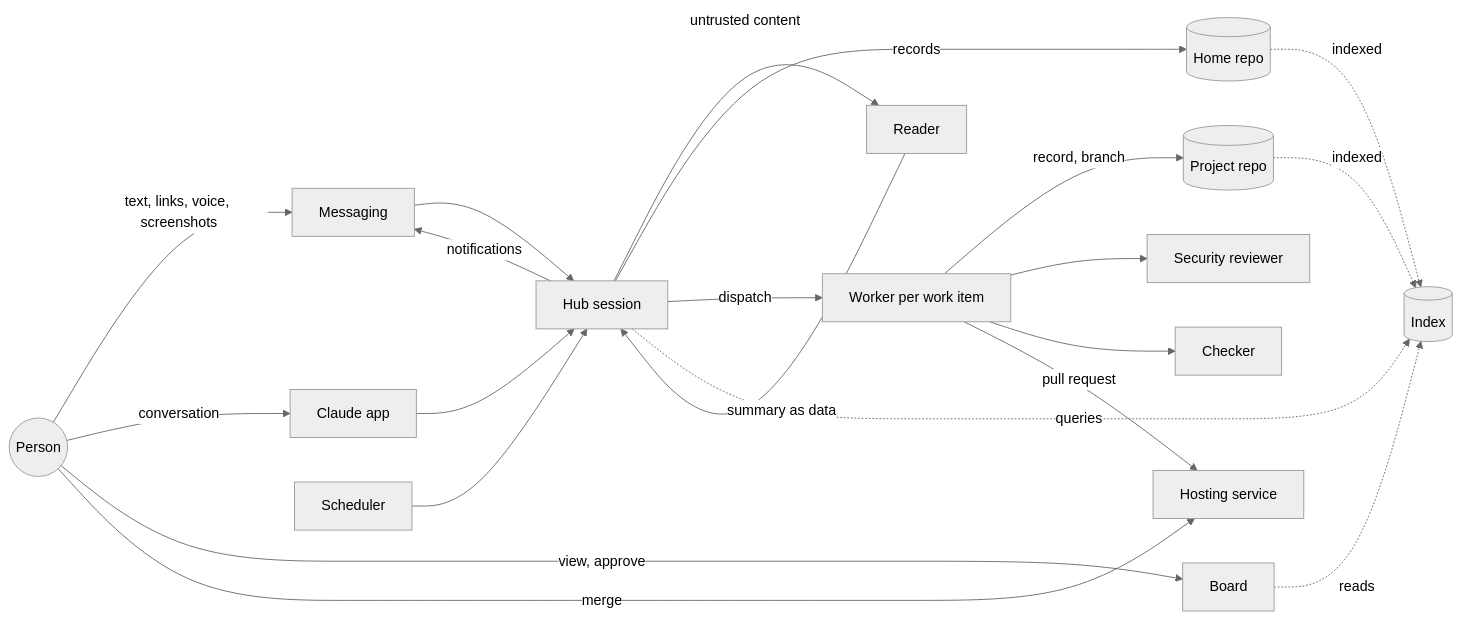
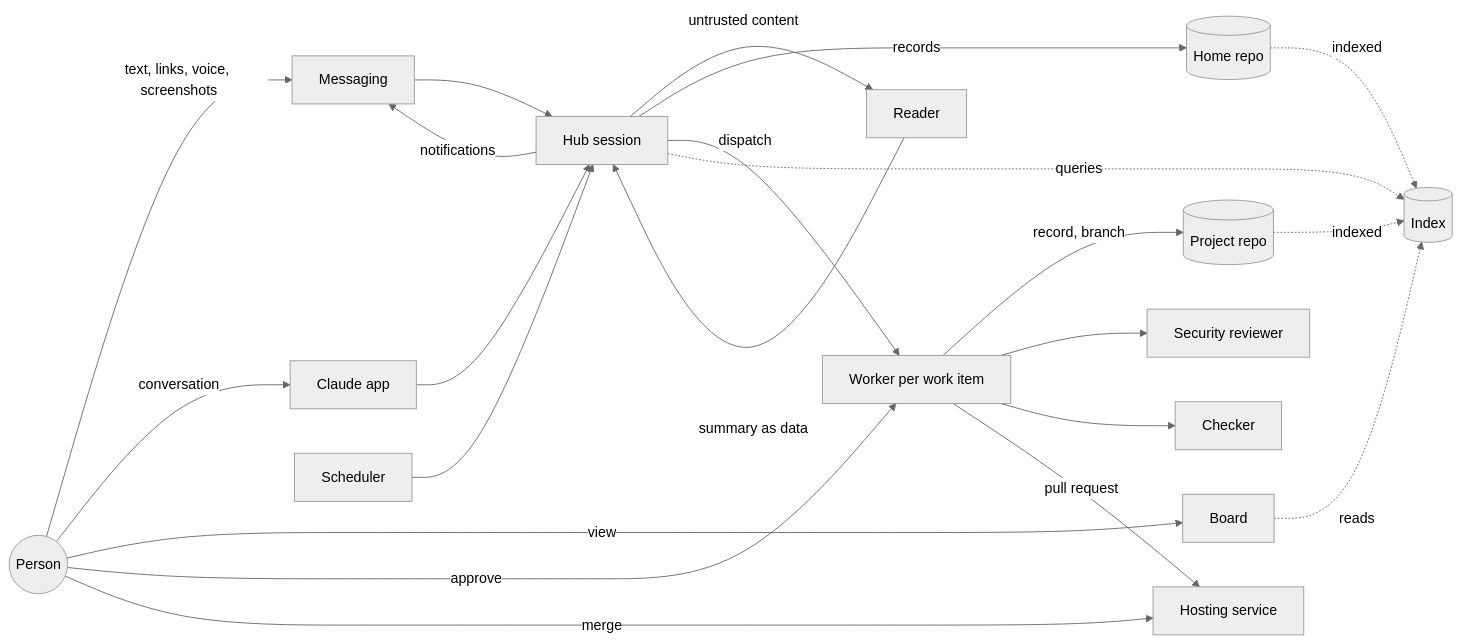
The diagram in docs/01-specs/ARCHITECTURE.md (twoends/honsha), drawn with Mermaid (neutral theme) before and after one commit. The commit also changed other lines of this file and 1 other file, not shown here.

First line of the commit message:
Move the approvals in the architecture from the messaging app and the board to the worker's session

````diff
--- a/docs/01-specs/ARCHITECTURE.md
+++ b/docs/01-specs/ARCHITECTURE.md
@@ -42,23 +42,24 @@
 ```mermaid
 flowchart LR
   P((Person)) -- text, links, voice, screenshots --> M[Messaging]
   P -- conversation --> A[Claude app]
-  P -- view, approve --> B[Board]
+  P -- view --> B[Board]
+  P -- approve --> W
   M --> H[Hub session]
   A --> H
   H -- untrusted content --> R[Reader]
   R -- summary as data --> H
   H -- records --> HOME[(Home repo)]
   H -- dispatch --> W[Worker per work item]
   W -- record, branch --> PRJ[(Project repo)]
   W --> SR[Security reviewer]
   W --> C[Checker]
   W -- pull request --> GH[Hosting service]
   P -- merge --> GH
   S[Scheduler] --> H
   HOME -. indexed .-> X[(Index)]
   PRJ -. indexed .-> X
   B -. reads .-> X
   H -. queries .-> X
   H -- notifications --> M
 ```
````
